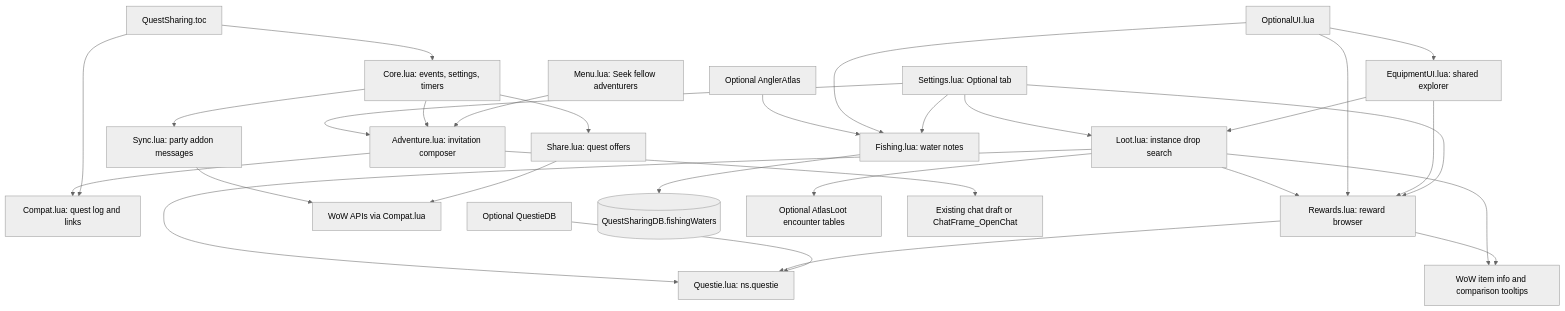
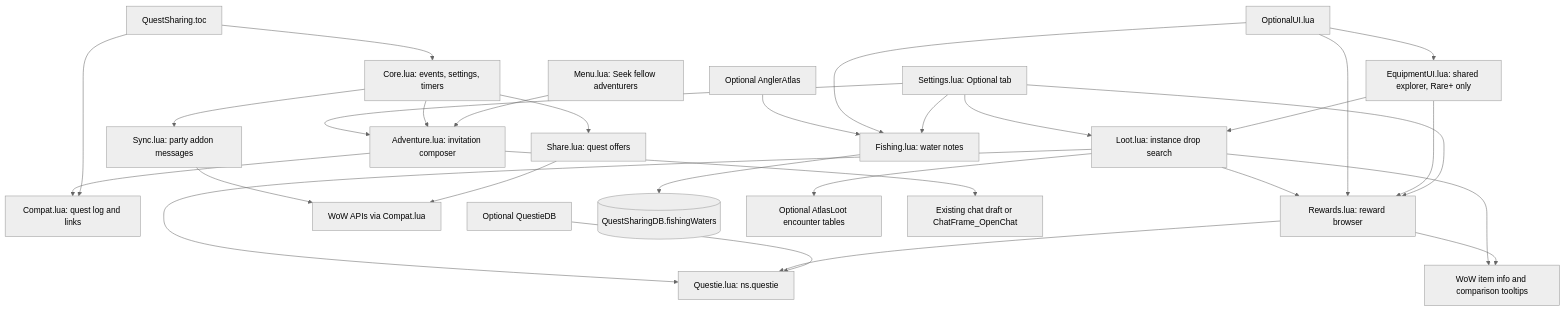
The first of 8 diagrams in context/architecture.md (YodaGitMaster/QuestSharing), drawn with Mermaid (neutral theme) before and after one commit. The commit also changed other lines of this file and 11 other files, not shown here.

Commit message:
Show only blue-quality equipment and above

````diff
--- a/context/architecture.md
+++ b/context/architecture.md
@@ -83,31 +83,31 @@
 ```mermaid
 flowchart TD
     TOC[QuestSharing.toc] --> Compat[Compat.lua: ns.compat]
     TOC --> Core[Core.lua: events, settings, timers]
     Core --> Share[Share.lua: quest offers]
     Core --> Sync[Sync.lua: party addon messages]
     DB[Optional QuestieDB] --> Q[Questie.lua: ns.questie]
     Share --> API[WoW APIs via Compat.lua]
     Sync --> API
     Settings[Settings.lua: Optional tab] --> Fishing[Fishing.lua: water notes]
     Settings --> Rewards[Rewards.lua: reward browser]
-    OptionalUI[OptionalUI.lua] --> Equipment[EquipmentUI.lua: shared explorer]
+    OptionalUI[OptionalUI.lua] --> Equipment[EquipmentUI.lua: shared explorer, Rare+ only]
     Equipment --> Rewards
     Equipment --> Loot
     OptionalUI --> Fishing
     OptionalUI --> Rewards
     Fishing --> Waters[(QuestSharingDB.fishingWaters)]
     Atlas[Optional AnglerAtlas] --> Fishing
     Rewards --> Q
     Rewards --> Items[WoW item info and comparison tooltips]
     Settings --> Loot[Loot.lua: instance drop search]
     Loot --> AtlasLoot[Optional AtlasLoot encounter tables]
     Loot --> Q
     Loot --> Items
     Loot --> Rewards
     QuestMenu[Menu.lua: Seek fellow adventurers] --> Adventure[Adventure.lua: invitation composer]
     Core --> Adventure
     Settings --> Adventure
     Adventure --> Compat[Compat.lua: quest log and links]
     Adventure --> Chat[Existing chat draft or ChatFrame_OpenChat]
 ```
````
